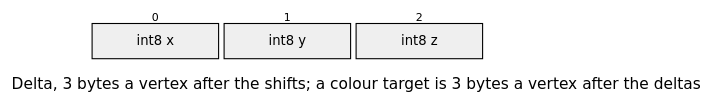
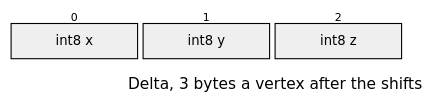
One commit to jose-villegas/autana changed the third of 4 diagrams in docs/assets/formats/LMOR.md. Above: the diagram before and after it, drawn with Mermaid. The commit also changed other lines of this file and 12 other files, not shown here.

````diff
--- a/docs/assets/formats/LMOR.md
+++ b/docs/assets/formats/LMOR.md
@@ -39,14 +39,14 @@
 ```mermaid
 ---
 config:
   themeCSS: "g:nth-of-type(2) rect:nth-of-type(1) { fill: #e3e3e3 !important; } g:nth-of-type(2) rect:nth-of-type(2) { fill: #e3e3e3 !important; } g:nth-of-type(2) rect:nth-of-type(3) { fill: #e3e3e3 !important; } .packetLabel { fill: #1b1b1b !important; }"
   packet:
     bitsPerRow: 4
     bitWidth: 120
 ---
 packet-beta
-title Delta, 3 bytes a vertex after the shifts; a colour target is 3 bytes a vertex after the deltas
+title Delta, 3 bytes a vertex after the shifts
 0-0: "int8 x"
 1-1: "int8 y"
 2-2: "int8 z"
 ```
````
